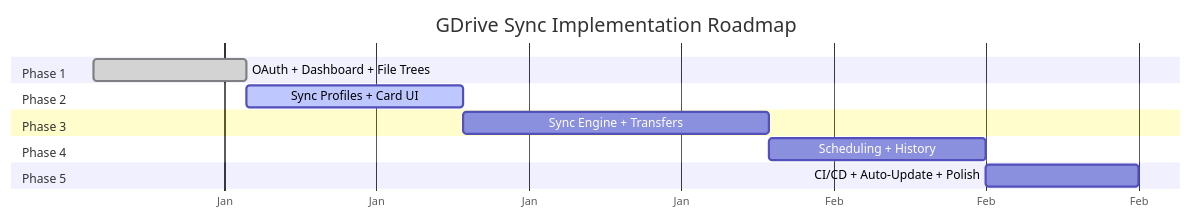
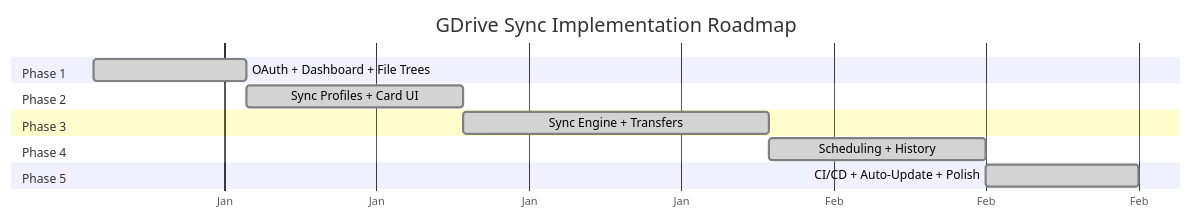
One commit to jpurusho/gdrive changed the diagram in docs/phases.md. Above: the diagram before and after it, drawn with Mermaid. The commit also changed other lines of this file and 2 other files, not shown here.

First line of the commit message:
Complete Phase 5: Settings polish and architecture docs update

````diff
--- a/docs/phases.md
+++ b/docs/phases.md
@@ -5,21 +5,21 @@
 ```mermaid
 gantt
     title GDrive Sync Implementation Roadmap
     dateFormat YYYY-MM-DD
     axisFormat %b
 
     section Phase 1
     OAuth + Dashboard + File Trees     :done, p1, 2024-01-01, 7d
 
     section Phase 2
-    Sync Profiles + Card UI            :active, p2, after p1, 10d
+    Sync Profiles + Card UI            :done, p2, after p1, 10d
 
     section Phase 3
-    Sync Engine + Transfers             :p3, after p2, 14d
+    Sync Engine + Transfers             :done, p3, after p2, 14d
 
     section Phase 4
-    Scheduling + History                :p4, after p3, 10d
+    Scheduling + History                :done, p4, after p3, 10d
 
     section Phase 5
-    CI/CD + Auto-Update + Polish        :p5, after p4, 7d
+    CI/CD + Auto-Update + Polish        :done, p5, after p4, 7d
 ```
````
